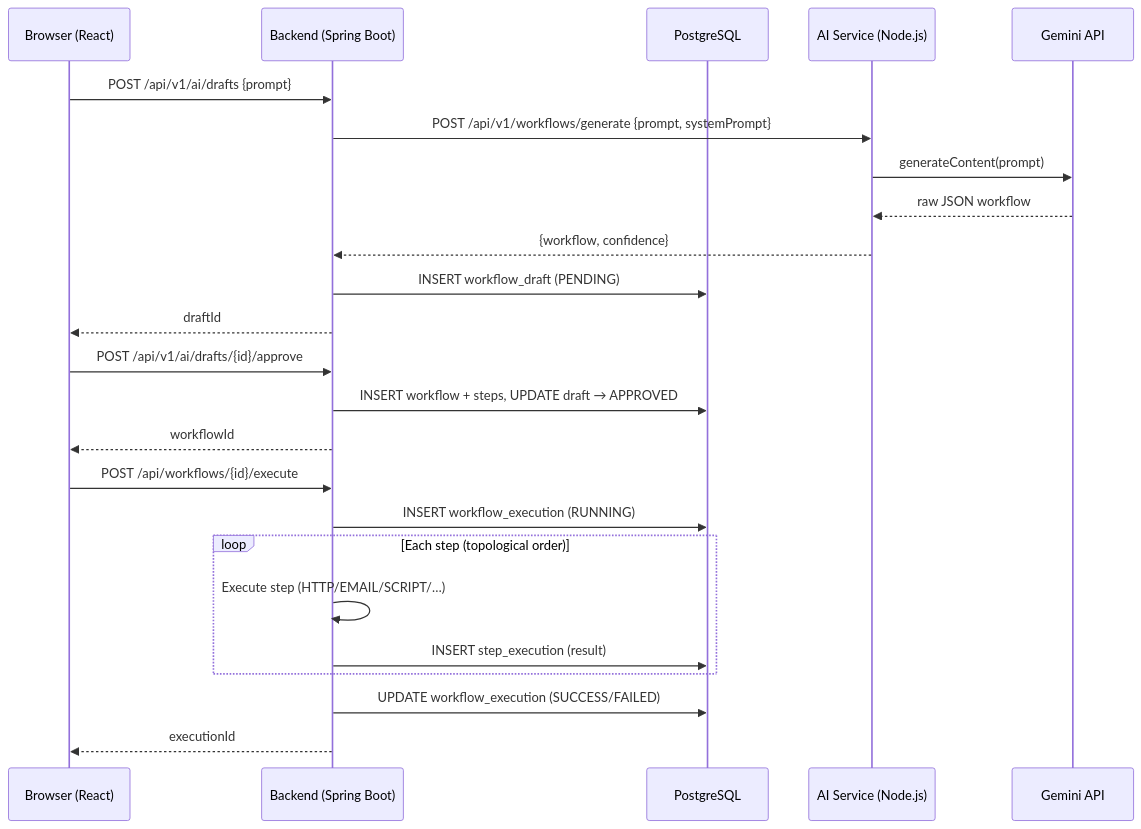
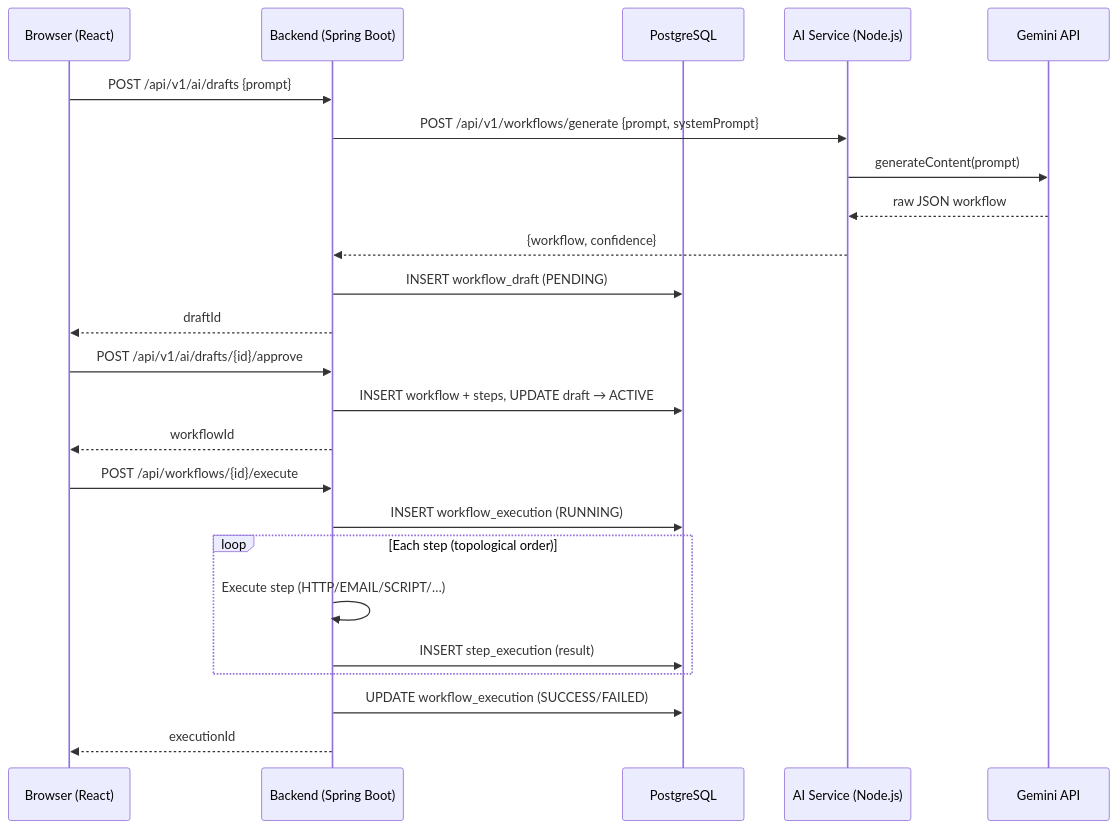
The diagram in README.md (s-2809-j/workflow-automation-platform), drawn with Mermaid before and after one commit. The commit also changed other lines of this file, not shown here.

Commit message:
docs: tidy testing section, add known issues, fix draft status

````diff
--- a/README.md
+++ b/README.md
@@ -89,29 +90,29 @@
 ```mermaid
 sequenceDiagram
     participant U as Browser (React)
     participant B as Backend (Spring Boot)
     participant DB as PostgreSQL
     participant AI as AI Service (Node.js)
     participant G as Gemini API
 
     U->>B: POST /api/v1/ai/drafts {prompt}
     B->>AI: POST /api/v1/workflows/generate {prompt, systemPrompt}
     AI->>G: generateContent(prompt)
     G-->>AI: raw JSON workflow
     AI-->>B: {workflow, confidence}
     B->>DB: INSERT workflow_draft (PENDING)
     B-->>U: draftId
 
     U->>B: POST /api/v1/ai/drafts/{id}/approve
-    B->>DB: INSERT workflow + steps, UPDATE draft → APPROVED
+    B->>DB: INSERT workflow + steps, UPDATE draft → ACTIVE
     B-->>U: workflowId
 
     U->>B: POST /api/workflows/{id}/execute
     B->>DB: INSERT workflow_execution (RUNNING)
     loop Each step (topological order)
         B->>B: Execute step (HTTP/EMAIL/SCRIPT/…)
         B->>DB: INSERT step_execution (result)
     end
     B->>DB: UPDATE workflow_execution (SUCCESS/FAILED)
     B-->>U: executionId
 ```
````
